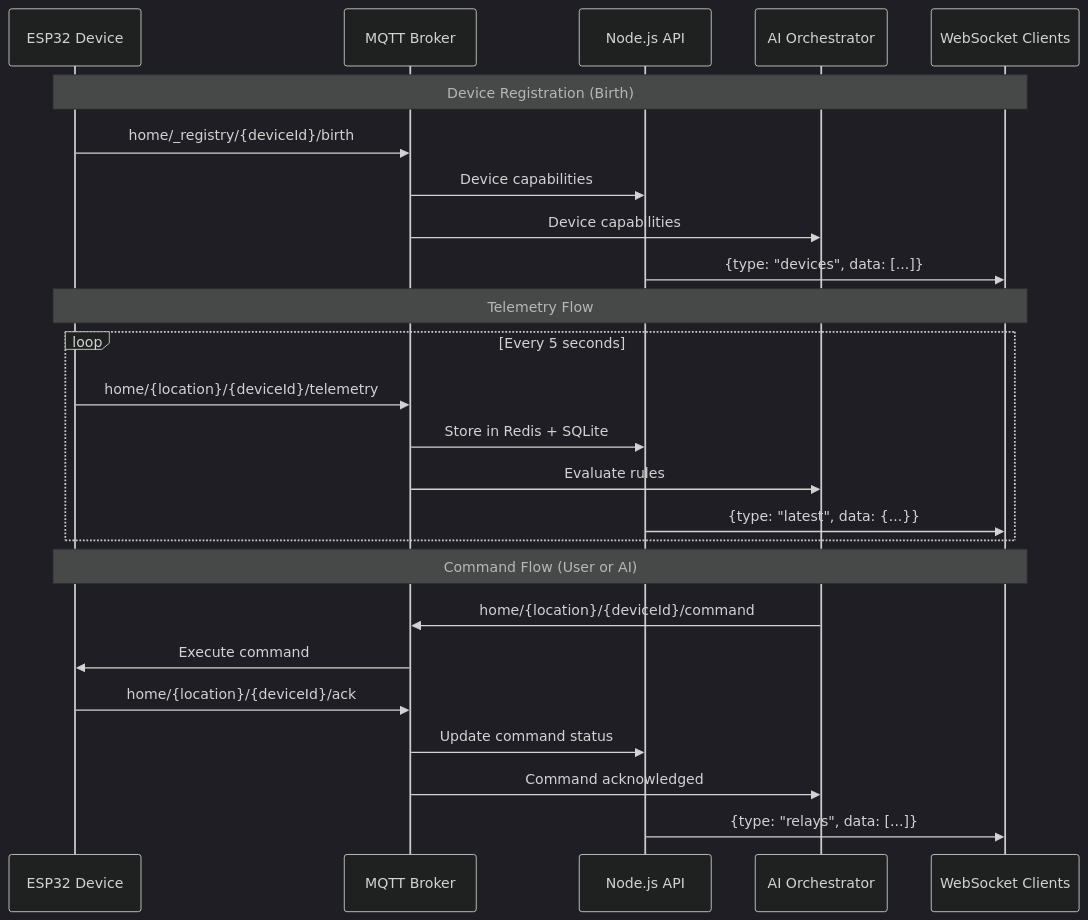
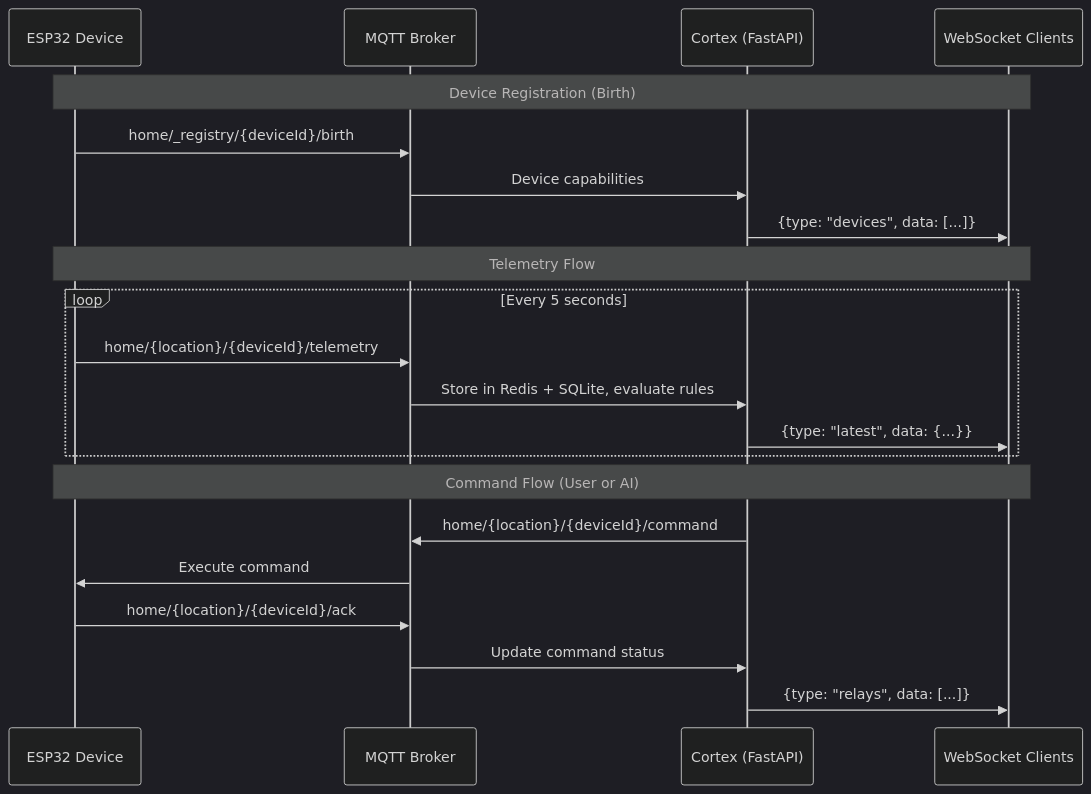
Before and after one commit to curtisblanchette/my-esp32-project: the third of 8 diagrams in README.md, drawn with Mermaid (dark theme). The commit also changed other lines of this file and 26 other files, not shown here.

````diff
--- a/README.md
+++ b/README.md
@@ -130,30 +121,26 @@
 ```mermaid
 sequenceDiagram
     participant D as ESP32 Device
     participant M as MQTT Broker
-    participant API as Node.js API
-    participant AI as AI Orchestrator
+    participant C as Cortex (FastAPI)
     participant WS as WebSocket Clients
 
     Note over D,WS: Device Registration (Birth)
     D->>M: home/_registry/{deviceId}/birth
-    M->>API: Device capabilities
-    M->>AI: Device capabilities
-    API->>WS: {type: "devices", data: [...]}
+    M->>C: Device capabilities
+    C->>WS: {type: "devices", data: [...]}
 
     Note over D,WS: Telemetry Flow
     loop Every 5 seconds
         D->>M: home/{location}/{deviceId}/telemetry
-        M->>API: Store in Redis + SQLite
-        M->>AI: Evaluate rules
-        API->>WS: {type: "latest", data: {...}}
+        M->>C: Store in Redis + SQLite, evaluate rules
+        C->>WS: {type: "latest", data: {...}}
     end
 
     Note over D,WS: Command Flow (User or AI)
-    AI->>M: home/{location}/{deviceId}/command
+    C->>M: home/{location}/{deviceId}/command
     M->>D: Execute command
     D->>M: home/{location}/{deviceId}/ack
-    M->>API: Update command status
-    M->>AI: Command acknowledged
-    API->>WS: {type: "relays", data: [...]}
+    M->>C: Update command status
+    C->>WS: {type: "relays", data: [...]}
 ```
````
